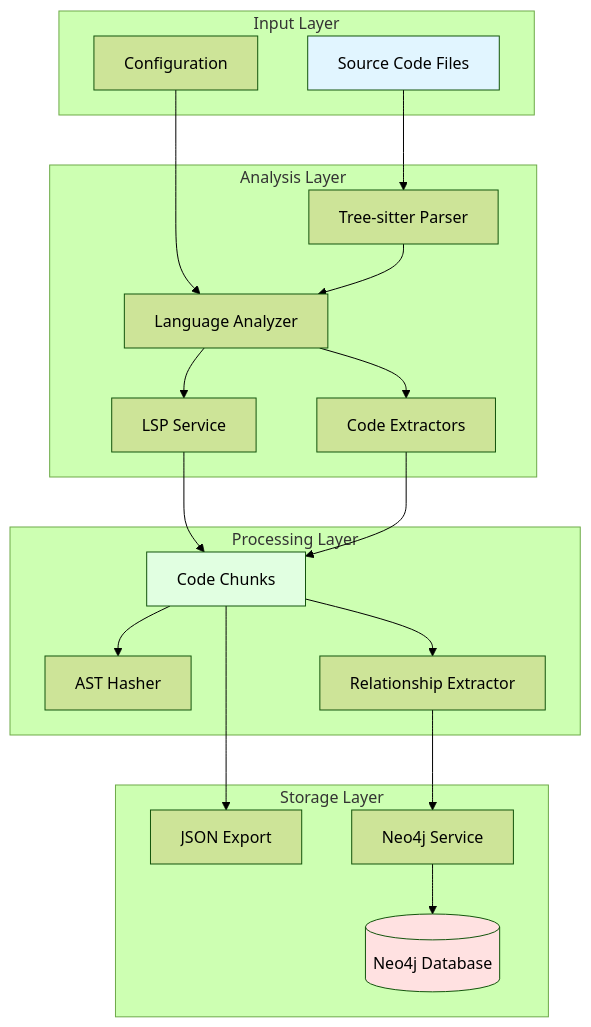
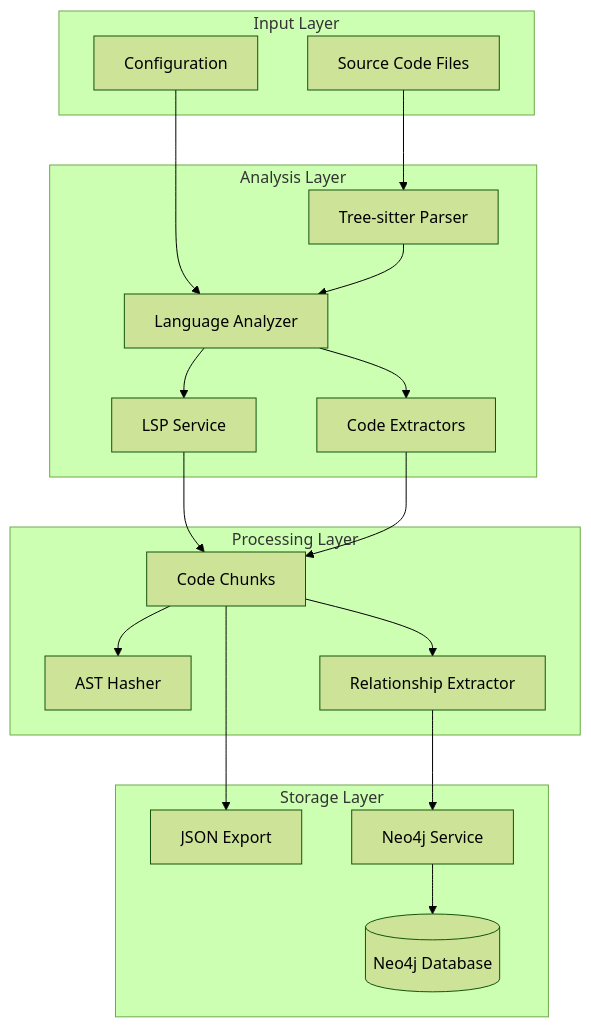
One commit to quyen-ngv/source-atlas changed the first of 2 diagrams in docs/architecture.md. Above: the diagram before and after it, drawn with Mermaid (forest theme). The commit also changed other lines of this file and 14 other files, not shown here.

````diff
--- a/docs/architecture.md
+++ b/docs/architecture.md
@@ -9,43 +9,39 @@
 ```mermaid
 graph TB
     subgraph "Input Layer"
         A[Source Code Files]
         B[Configuration]
     end
     
     subgraph "Analysis Layer"
         C[Tree-sitter Parser]
         D[Language Analyzer]
         E[LSP Service]
         F[Code Extractors]
     end
     
     subgraph "Processing Layer"
         G[Code Chunks]
         H[AST Hasher]
         I[Relationship Extractor]
     end
     
     subgraph "Storage Layer"
         J[JSON Export]
         K[Neo4j Service]
         L[(Neo4j Database)]
     end
     
     A --> C
     B --> D
     C --> D
     D --> E
     D --> F
     E --> G
     F --> G
     G --> H
     G --> I
     G --> J
     I --> K
     K --> L
-    
-    style A fill:#e1f5ff
-    style L fill:#ffe1e1
-    style G fill:#e1ffe1
 ```
````
